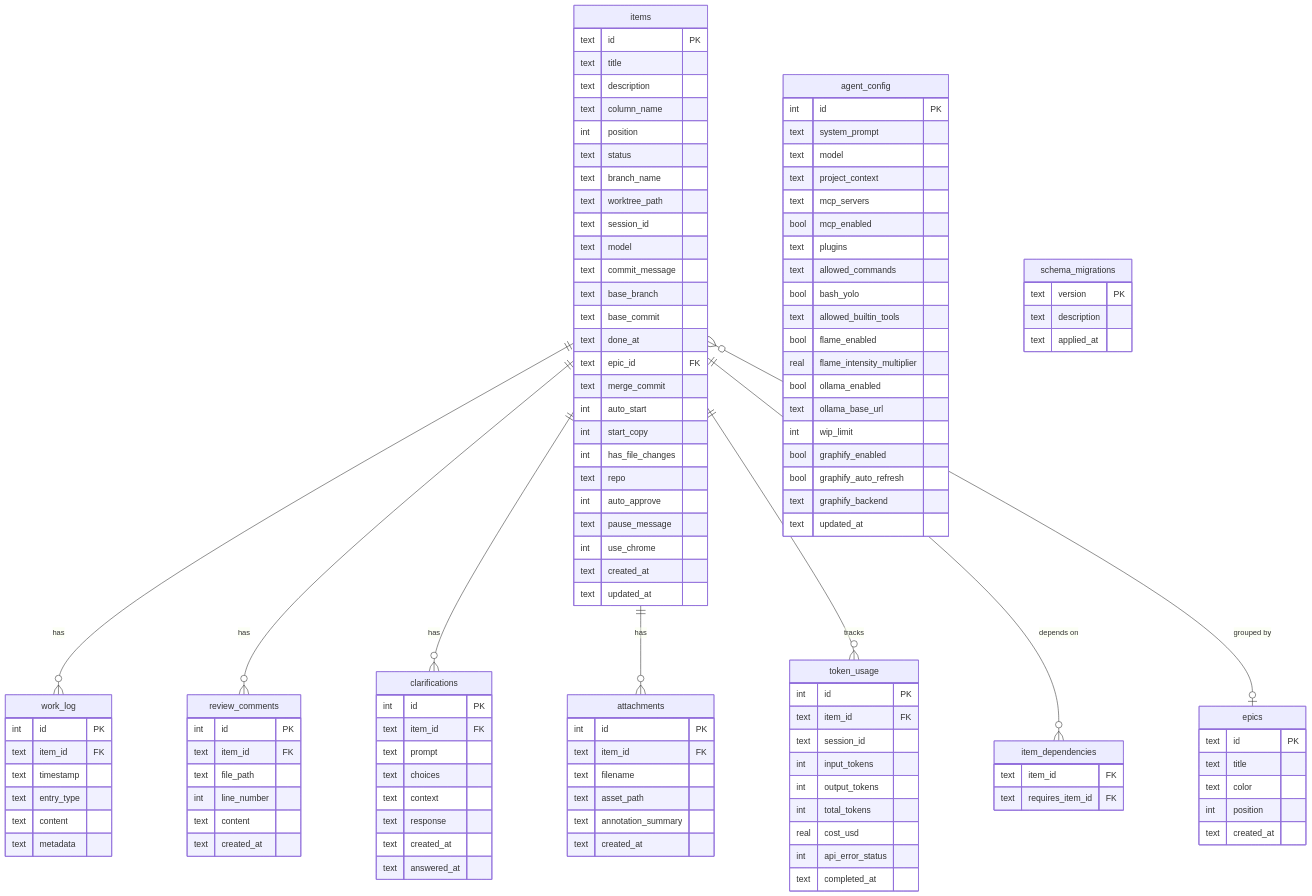
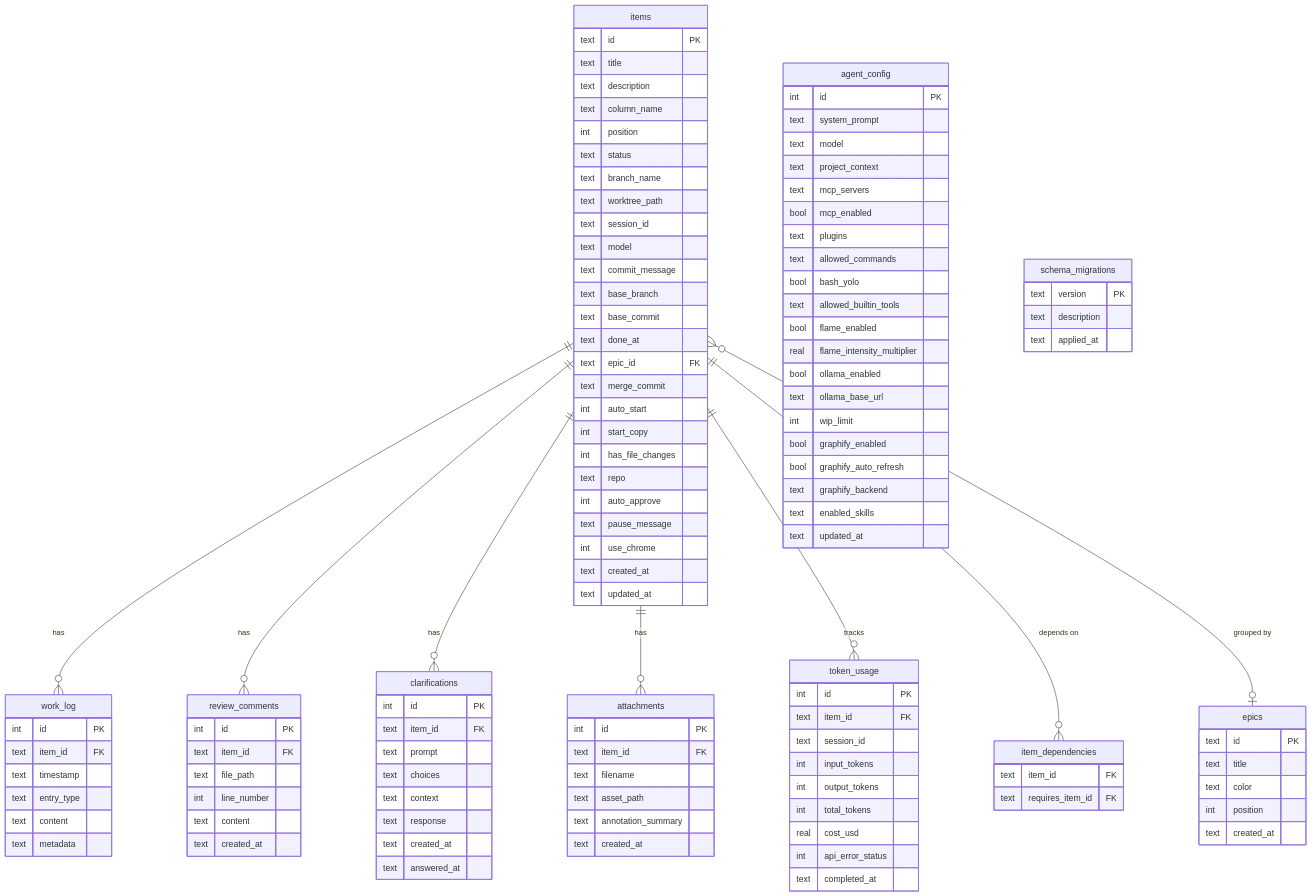
Before and after one commit to epatel/claude-agents-dashboard: the fourth of 4 diagrams in README.md, drawn with Mermaid. The commit also changed other lines of this file and 10 other files, not shown here.

```diff
--- a/README.md
+++ b/README.md
@@ -342,6 +346,7 @@
         bool graphify_enabled
         bool graphify_auto_refresh
         text graphify_backend
+        text enabled_skills
         text updated_at
     }
 
```
